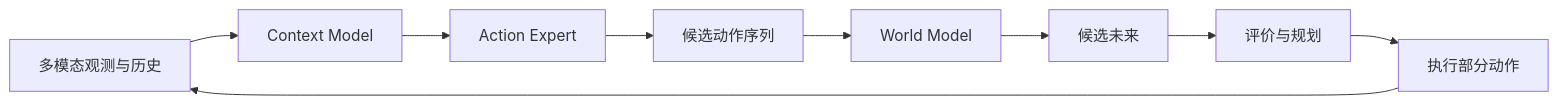
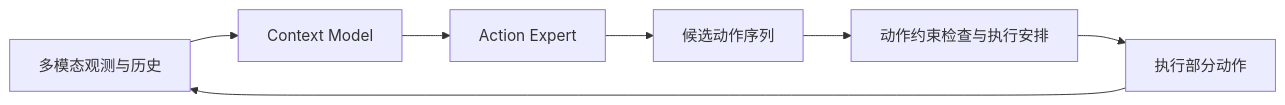
One commit to qi-robotics/robot-world-model-tutorial changed the diagram in docs/intermediate/index.md. Above: the diagram before and after it, drawn with Mermaid. The commit also changed other lines of this file and 33 other files, not shown here.

````diff
--- a/docs/intermediate/index.md
+++ b/docs/intermediate/index.md
@@ -7,11 +7,9 @@
 ```mermaid
 flowchart LR
     O["多模态观测与历史"] --> C["Context Model"]
     C --> A["Action Expert"]
     A --> P["候选动作序列"]
-    P --> W["World Model"]
-    W --> F["候选未来"]
-    F --> S["评价与规划"]
+    P --> S["动作约束检查与执行安排"]
     S --> E["执行部分动作"]
     E --> O
 ```
````
